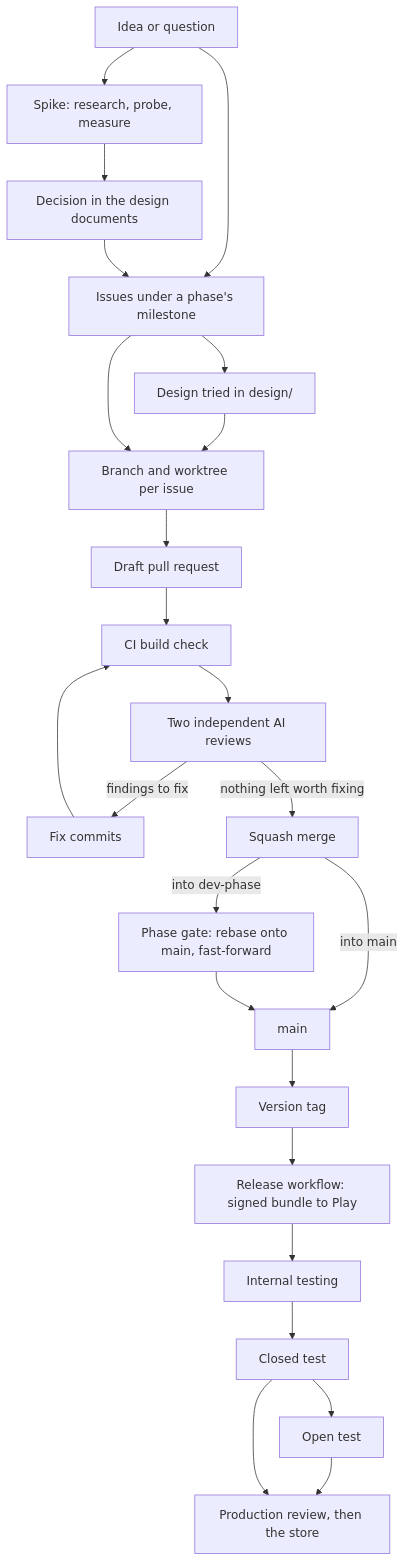
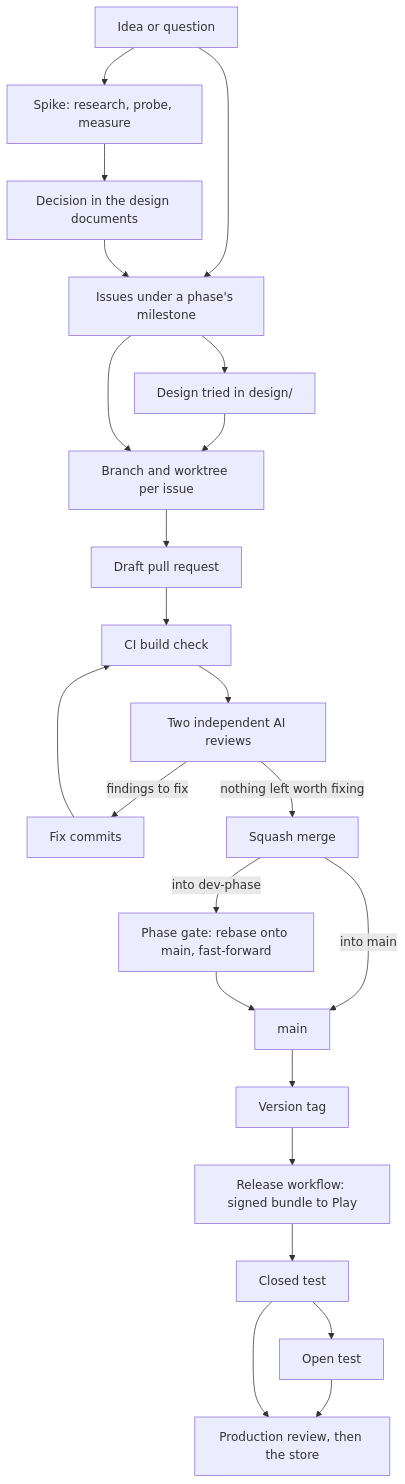
Before and after one commit to wkusnierczyk/sleevesight: the diagram in docs/process/index.md, drawn with Mermaid. The commit also changed other lines of this file and 1 other file, not shown here.

First line of the commit message:
[INFRA] Release: tags go straight to the Alpha track (#788)

````diff
--- a/docs/process/index.md
+++ b/docs/process/index.md
@@ -42,26 +42,25 @@
 ```mermaid
 flowchart TD
   idea["Idea or question"] --> spike["Spike: research, probe, measure"]
   spike --> decision["Decision in the design documents"]
   idea --> issue
   decision --> issue["Issues under a phase's milestone"]
   issue --> design["Design tried in design/"]
   design --> code
   issue --> code["Branch and worktree per issue"]
   code --> pr["Draft pull request"]
   pr --> ci["CI build check"]
   ci --> review["Two independent AI reviews"]
   review -->|"findings to fix"| fix["Fix commits"]
   fix --> ci
   review -->|"nothing left worth fixing"| merge["Squash merge"]
   merge -->|"into dev-phase"| gate["Phase gate: rebase onto main, fast-forward"]
   merge -->|"into main"| main["main"]
   gate --> main
   main --> tag["Version tag"]
   tag --> release["Release workflow: signed bundle to Play"]
-  release --> internal["Internal testing"]
-  internal --> closed["Closed test"]
+  release --> closed["Closed test"]
   closed --> open["Open test"]
   open --> prod["Production review, then the store"]
   closed --> prod
 ```
````
